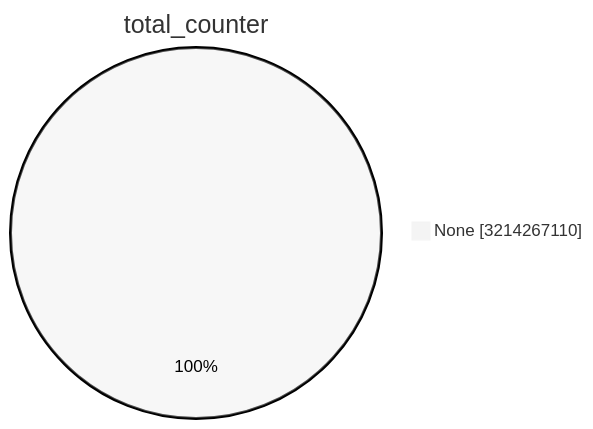
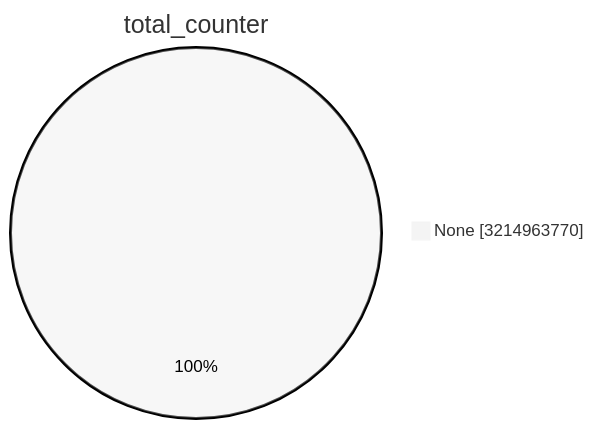
Before and after one commit to christiankrug/ctmonitor_visualization: the first of 15 diagrams in TOTAL/README.md, drawn with Mermaid (neutral theme). The commit also changed other lines of this file, not shown here.

````diff
--- a/TOTAL/README.md
+++ b/TOTAL/README.md
@@ -1,5 +1,5 @@
 ```mermaid
 pie showData
 title total_counter
-"None" :3214267110
+"None" :3214963770
 ```
````
